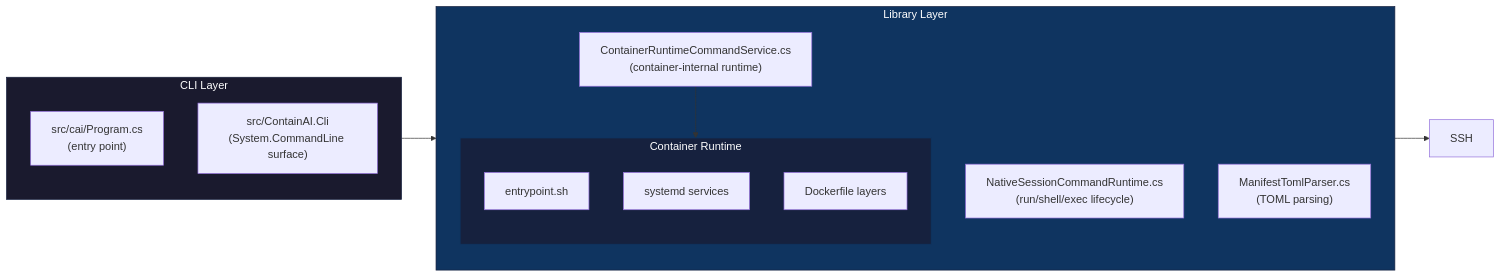
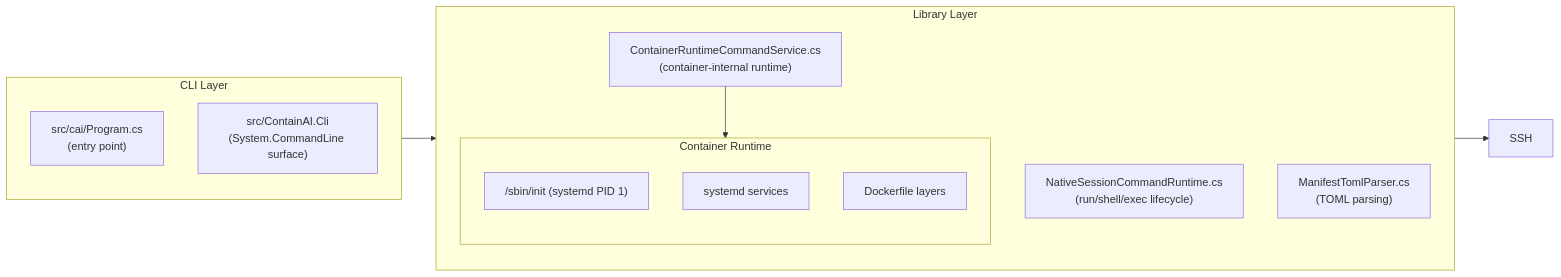
One commit to novotnyllc/ContainAI changed the seventh of 11 diagrams in docs/architecture.md. Above: the diagram before and after it, drawn with Mermaid. The commit also changed other lines of this file and 14 other files, not shown here.

````diff
--- a/docs/architecture.md
+++ b/docs/architecture.md
@@ -385,31 +374,27 @@
 ```mermaid
 flowchart LR
     subgraph CLI["CLI Layer"]
         direction TB
         Main["src/cai/Program.cs<br/>(entry point)"]
         Cmds["src/ContainAI.Cli<br/>(System.CommandLine surface)"]
     end
 
     subgraph Lib["Library Layer"]
         direction TB
         Runtime["NativeLifecycleCommandRuntime.cs<br/>(core command orchestration)"]
         Session["NativeSessionCommandRuntime.cs<br/>(run/shell/exec lifecycle)"]
         Container["ContainerRuntimeCommandService.cs<br/>(container-internal runtime)"]
         Manifest["ManifestTomlParser.cs<br/>(TOML parsing)"]
     end
 
     subgraph Runtime["Container Runtime"]
         direction TB
-        Entry["entrypoint.sh"]
+        Entry["/sbin/init (systemd PID 1)"]
         Services["systemd services"]
         Dockerfile["Dockerfile layers"]
     end
 
     Main --> Lib
     Container --> SSH
     Container --> Entry
-
-    style CLI fill:#1a1a2e,stroke:#16213e,color:#fff
-    style Lib fill:#0f3460,stroke:#16213e,color:#fff
-    style Runtime fill:#16213e,stroke:#0f3460,color:#fff
 ```
````
